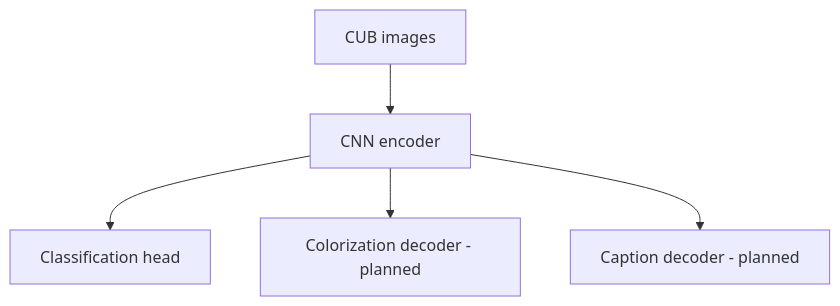
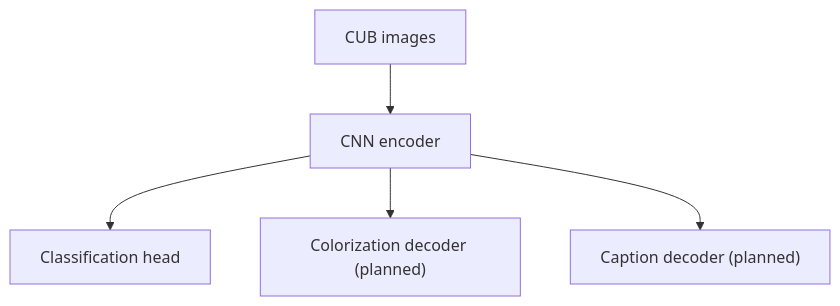
Before and after one commit to AnonyBOSS/featherlens-pixels-to-language: the diagram in README.md, drawn with Mermaid. The commit also changed other lines of this file and 25 other files, not shown here.

````diff
--- a/README.md
+++ b/README.md
@@ -167,7 +78,7 @@
 ```mermaid
 flowchart TD
     A["CUB images"] --> B["CNN encoder"]
     B --> C["Classification head"]
-    B --> D["Colorization decoder - planned"]
-    B --> E["Caption decoder - planned"]
+    B --> D["Colorization decoder (planned)"]
+    B --> E["Caption decoder (planned)"]
 ```
````
